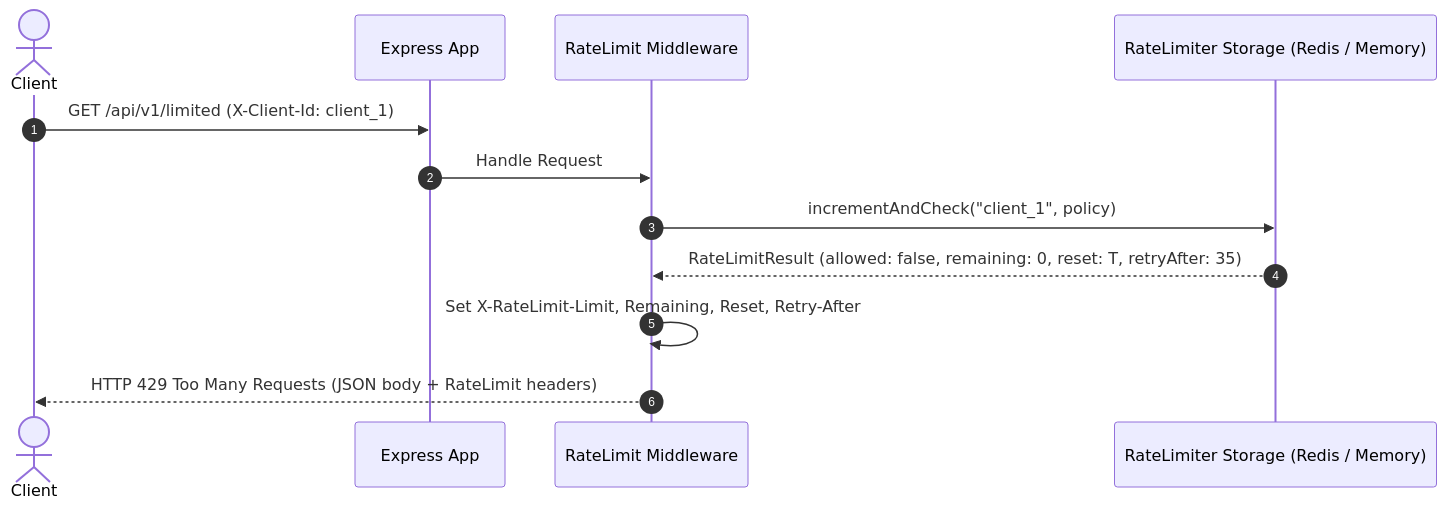
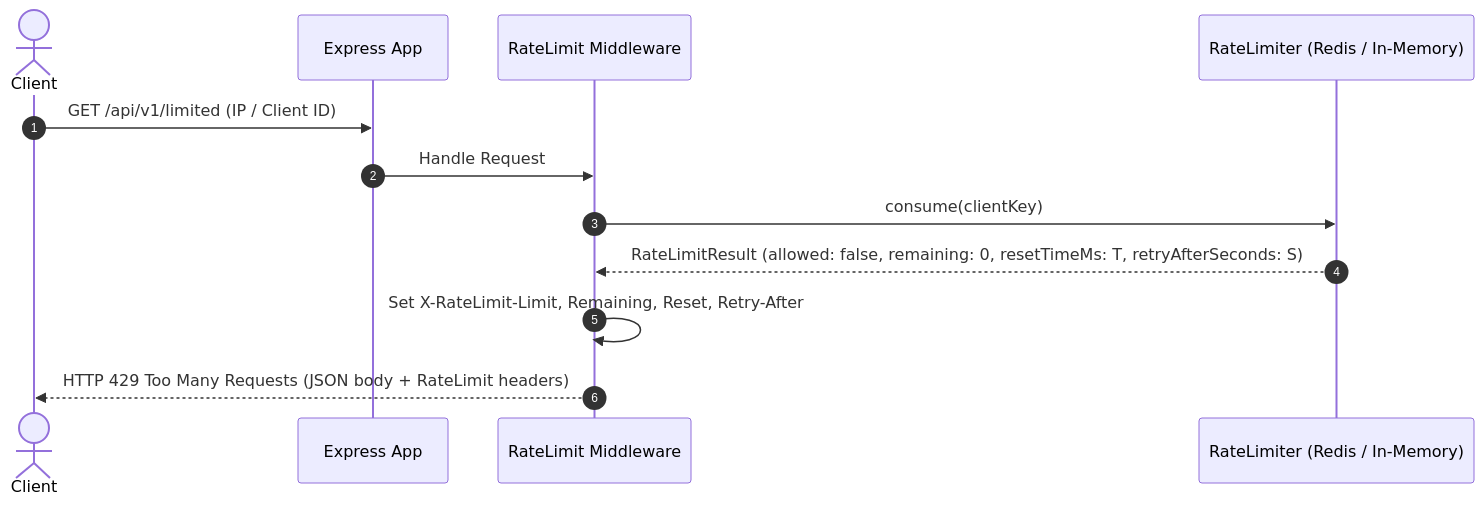
The third of 4 diagrams in docs/architecture.md (engineering-proof-labs/rate-limiting-lab), drawn with Mermaid before and after one commit. The commit also changed other lines of this file and 10 other files, not shown here.

Commit message:
docs: finalize public laboratory guide, architecture records, and verification evidence

````diff
--- a/docs/architecture.md
+++ b/docs/architecture.md
@@ -156,15 +183,15 @@
 ```mermaid
 sequenceDiagram
     autonumber
     actor Client
     participant Express as Express App
     participant MW as RateLimit Middleware
-    participant Storage as RateLimiter Storage (Redis / Memory)
+    participant Limiter as RateLimiter (Redis / In-Memory)
 
-    Client->>Express: GET /api/v1/limited (X-Client-Id: client_1)
+    Client->>Express: GET /api/v1/limited (IP / Client ID)
     Express->>MW: Handle Request
-    MW->>Storage: incrementAndCheck("client_1", policy)
-    Storage-->>MW: RateLimitResult (allowed: false, remaining: 0, reset: T, retryAfter: 35)
+    MW->>Limiter: consume(clientKey)
+    Limiter-->>MW: RateLimitResult (allowed: false, remaining: 0, resetTimeMs: T, retryAfterSeconds: S)
     MW->>MW: Set X-RateLimit-Limit, Remaining, Reset, Retry-After
     MW-->>Client: HTTP 429 Too Many Requests (JSON body + RateLimit headers)
 ```
````
